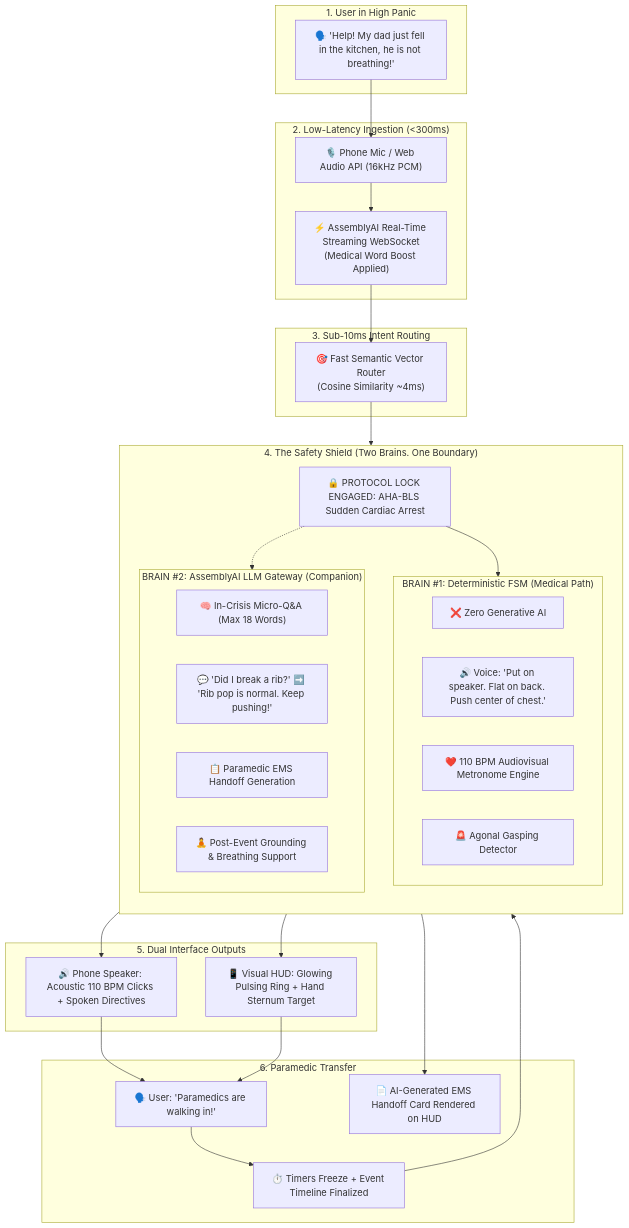
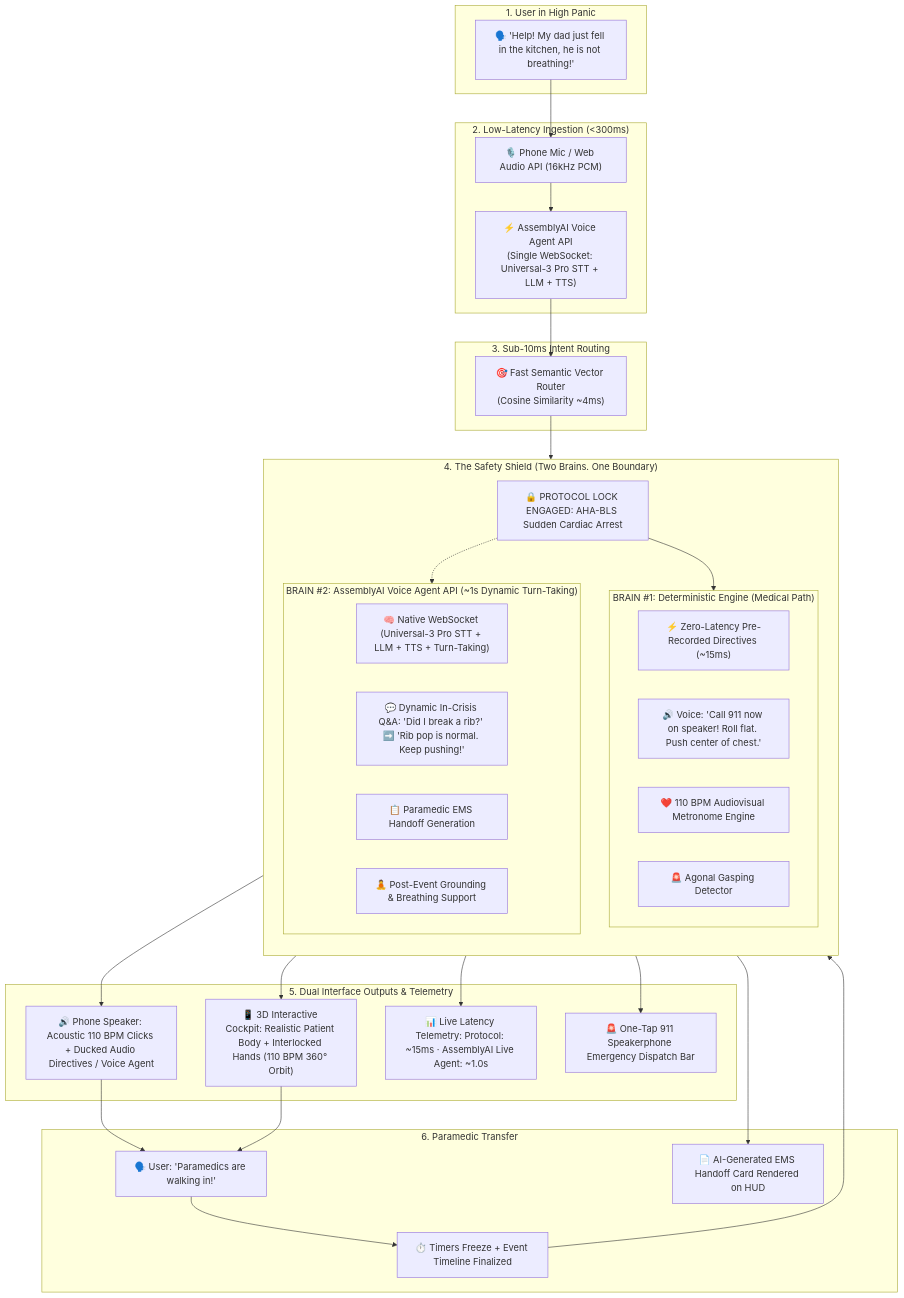
Before and after one commit to ranazain9/keepalive: the diagram in README.md, drawn with Mermaid. The commit also changed other lines of this file and 44 other files, not shown here.

Commit message:
feat(core): implement KeepAlive 3-agent resuscitation system, sub-ms triage, 110 BPM coach & Groq LPU companion

````diff
--- a/README.md
+++ b/README.md
@@ -35,59 +40,63 @@
 ```mermaid
 flowchart TD
     subgraph USER_INPUT ["1. User in High Panic"]
         A["🗣️ 'Help! My dad just fell in the kitchen, he is not breathing!'"]
     end
 
     subgraph INGESTION ["2. Low-Latency Ingestion (<300ms)"]
         B["🎙️ Phone Mic / Web Audio API (16kHz PCM)"]
-        C["⚡ AssemblyAI Real-Time Streaming WebSocket\n(Medical Word Boost Applied)"]
+        C["⚡ AssemblyAI Voice Agent API\n(Single WebSocket: Universal-3 Pro STT + LLM + TTS)"]
         B --> C
     end
 
     subgraph CLASSIFICATION ["3. Sub-10ms Intent Routing"]
         D["🎯 Fast Semantic Vector Router\n(Cosine Similarity ~4ms)"]
         C --> D
     end
 
     subgraph SAFETY_SHIELD ["4. The Safety Shield (Two Brains. One Boundary)"]
         direction TB
         LOCK["🔒 PROTOCOL LOCK ENGAGED: AHA-BLS Sudden Cardiac Arrest"]
         
-        subgraph BRAIN_1 ["BRAIN #1: Deterministic FSM (Medical Path)"]
-            E1["❌ Zero Generative AI"]
-            E2["🔊 Voice: 'Put on speaker. Flat on back. Push center of chest.'"]
+        subgraph BRAIN_1 ["BRAIN #1: Deterministic Engine (Medical Path)"]
+            E1["⚡ Zero-Latency Pre-Recorded Directives (~15ms)"]
+            E2["🔊 Voice: 'Call 911 now on speaker! Roll flat. Push center of chest.'"]
             E3["❤️ 110 BPM Audiovisual Metronome Engine"]
             E4["🚨 Agonal Gasping Detector"]
         end
 
-        subgraph BRAIN_2 ["BRAIN #2: AssemblyAI LLM Gateway (Companion)"]
-            F1["🧠 In-Crisis Micro-Q&A (Max 18 Words)"]
-            F2["💬 'Did I break a rib?' ➡️ 'Rib pop is normal. Keep pushing!'"]
+        subgraph BRAIN_2 ["BRAIN #2: AssemblyAI Voice Agent API (~1s Dynamic Turn-Taking)"]
+            F1["🧠 Native WebSocket (Universal-3 Pro STT + LLM + TTS + Turn-Taking)"]
+            F2["💬 Dynamic In-Crisis Q&A: 'Did I break a rib?' ➡️ 'Rib pop is normal. Keep pushing!'"]
             F3["📋 Paramedic EMS Handoff Generation"]
             F4["🧘 Post-Event Grounding & Breathing Support"]
         end
 
         LOCK --> BRAIN_1
         LOCK -.-> BRAIN_2
     end
 
-    subgraph OUTPUT_TIER ["5. Dual Interface Outputs"]
-        G1["🔊 Phone Speaker: Acoustic 110 BPM Clicks + Spoken Directives"]
-        G2["📱 Visual HUD: Glowing Pulsing Ring + Hand Sternum Target"]
+    subgraph OUTPUT_TIER ["5. Dual Interface Outputs & Telemetry"]
+        G1["🔊 Phone Speaker: Acoustic 110 BPM Clicks + Ducked Audio Directives / Voice Agent"]
+        G2["📱 3D Interactive Cockpit: Realistic Patient Body + Interlocked Hands (110 BPM 360° Orbit)"]
+        G3["📊 Live Latency Telemetry: Protocol: ~15ms · AssemblyAI Live Agent: ~1.0s"]
+        G4["🚨 One-Tap 911 Speakerphone Emergency Dispatch Bar"]
     end
 
     subgraph EMS_HANDOFF ["6. Paramedic Transfer"]
         H["🗣️ User: 'Paramedics are walking in!'"]
         I["⏱️ Timers Freeze + Event Timeline Finalized"]
         J["📄 AI-Generated EMS Handoff Card Rendered on HUD"]
     end
 
     A --> B
     D --> LOCK
     BRAIN_1 --> G1
     BRAIN_1 --> G2
+    BRAIN_1 --> G3
+    BRAIN_1 --> G4
     G1 & G2 --> H
     H --> I
     I --> BRAIN_2
     BRAIN_2 --> J
 ```
````
